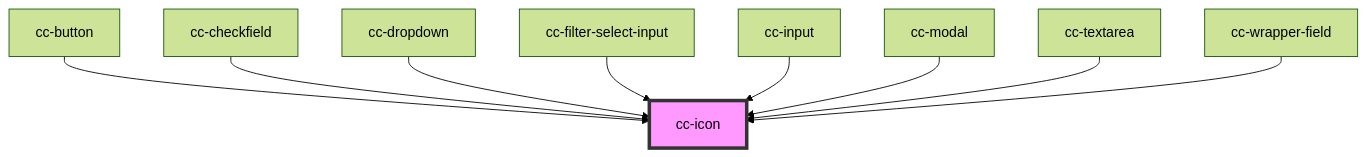
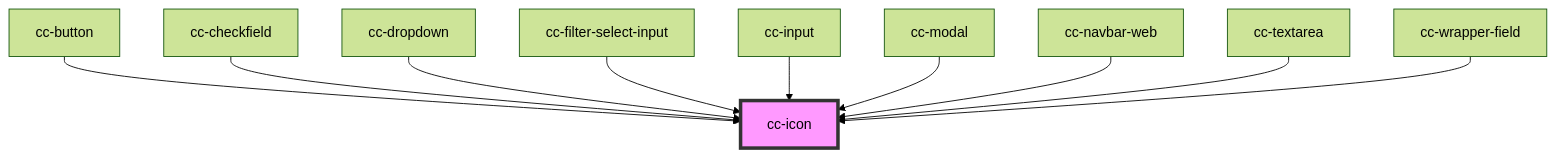
Before and after one commit to lacafetalab/cafeta-components: the diagram in packages/core/src/components/cc-icon/readme.md, drawn with Mermaid (forest theme). The commit also changed other lines of this file and 9 other files, not shown here.

````diff
--- a/packages/core/src/components/cc-icon/readme.md
+++ b/packages/core/src/components/cc-icon/readme.md
@@ -30,12 +31,13 @@
 ```mermaid
 graph TD;
   cc-button --> cc-icon
   cc-checkfield --> cc-icon
   cc-dropdown --> cc-icon
   cc-filter-select-input --> cc-icon
   cc-input --> cc-icon
   cc-modal --> cc-icon
+  cc-navbar-web --> cc-icon
   cc-textarea --> cc-icon
   cc-wrapper-field --> cc-icon
   style cc-icon fill:#f9f,stroke:#333,stroke-width:4px
 ```
````
